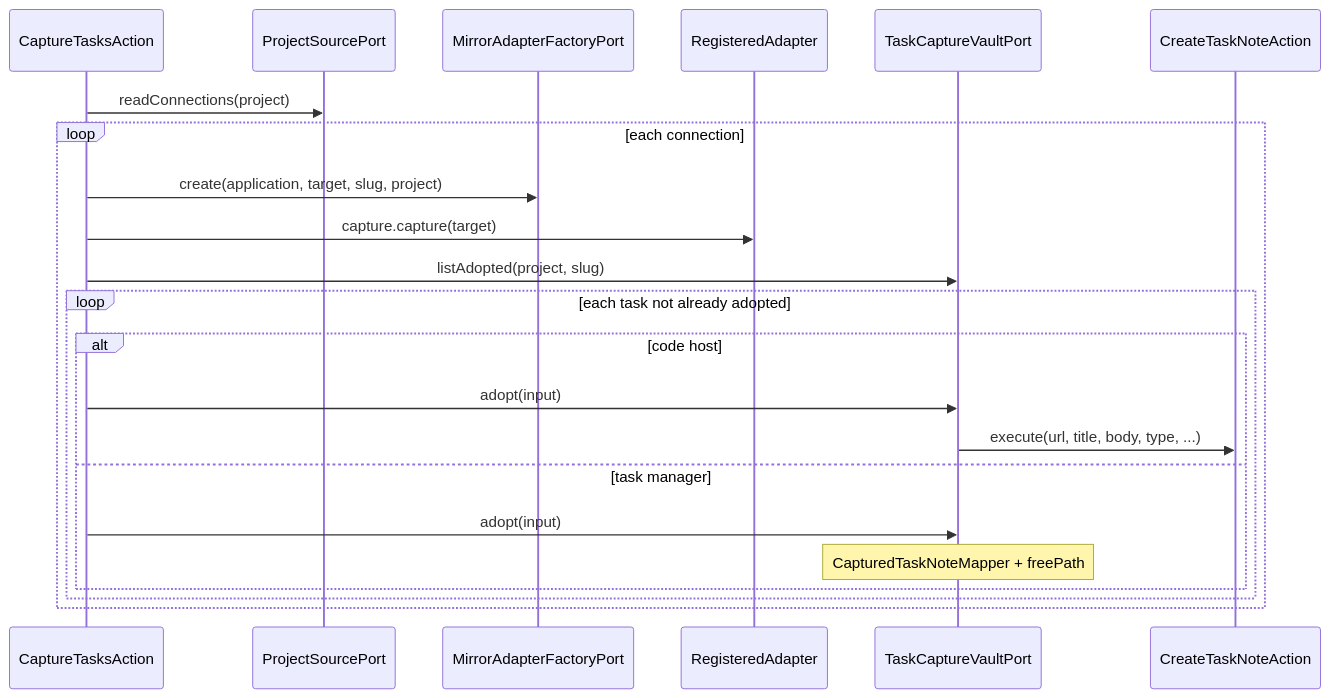
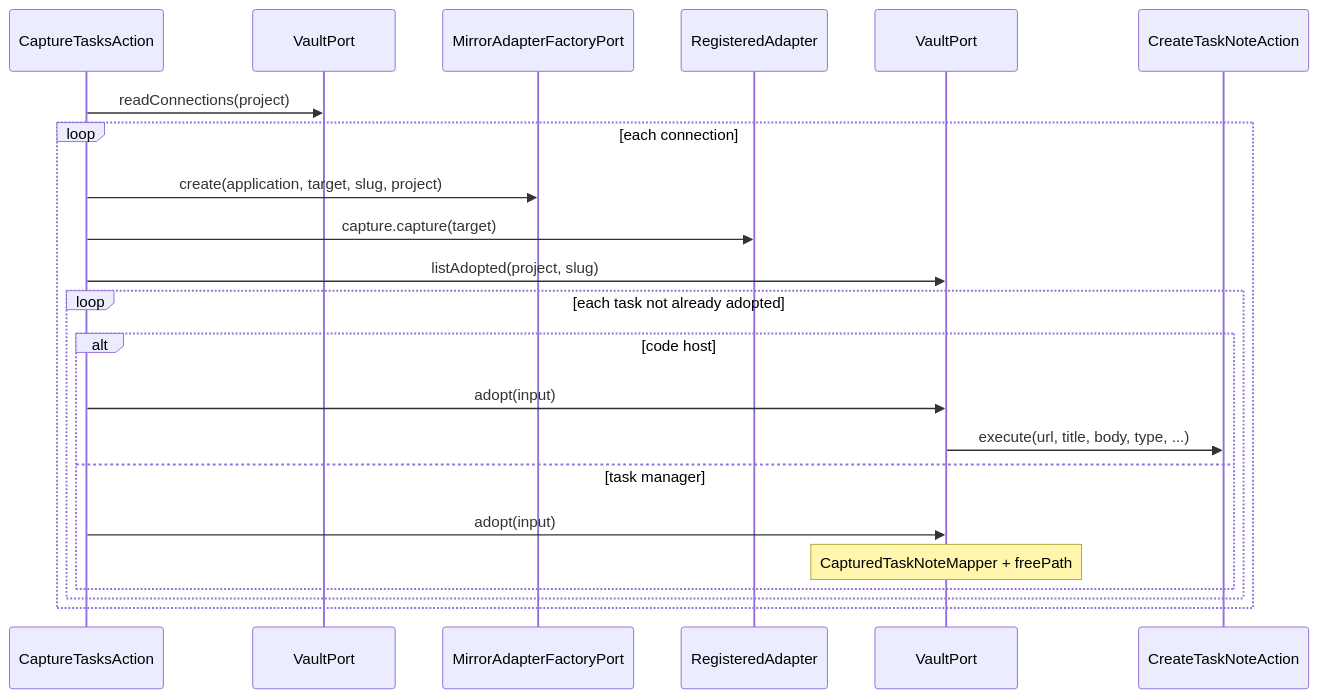
One commit to 99linesofcode/obsidian-project-management changed the ninth of 18 diagrams in docs/developer-manual.md. Above: the diagram before and after it, drawn with Mermaid. The commit also changed other lines of this file and 76 other files, not shown here.

First line of the commit message:
refactor(vault): collapse the vault ports into one VaultPort

````diff
--- a/docs/developer-manual.md
+++ b/docs/developer-manual.md
@@ -499,25 +499,25 @@
 ```mermaid
 sequenceDiagram
   participant C as CaptureTasksAction
-  participant PS as ProjectSourcePort
+  participant PS as VaultPort
   participant F as MirrorAdapterFactoryPort
   participant R as RegisteredAdapter
-  participant V as TaskCaptureVaultPort
+  participant V as VaultPort
   participant CT as CreateTaskNoteAction
 
   C->>PS: readConnections(project)
   loop each connection
     C->>F: create(application, target, slug, project)
     C->>R: capture.capture(target)
     C->>V: listAdopted(project, slug)
     loop each task not already adopted
       alt code host
         C->>V: adopt(input)
         V->>CT: execute(url, title, body, type, ...)
       else task manager
         C->>V: adopt(input)
         Note over V: CapturedTaskNoteMapper + freePath
       end
     end
   end
 ```
````
